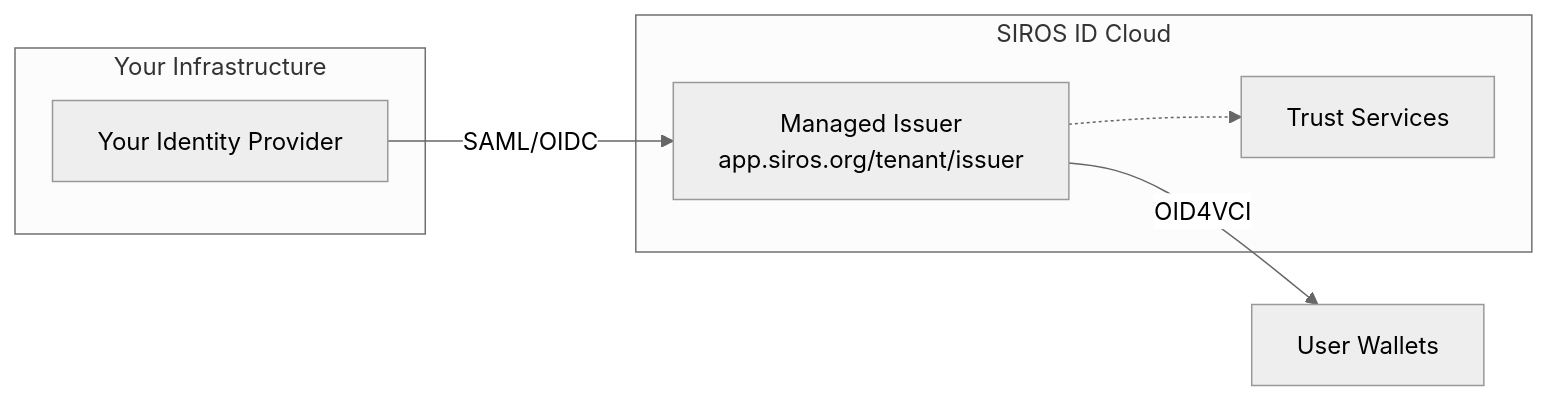
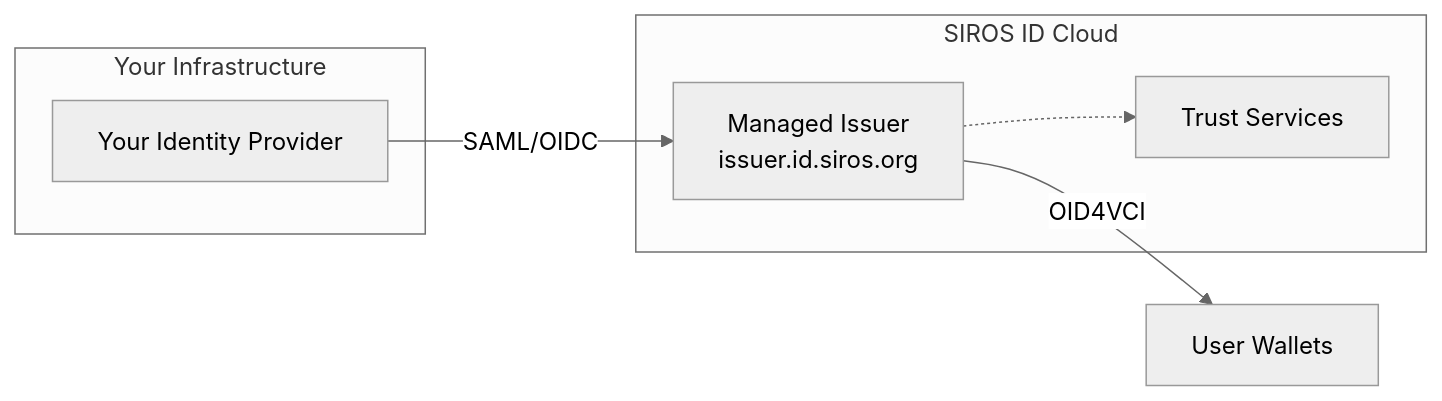
Before and after one commit to sirosfoundation/docs: the seventh of 11 diagrams in docs/sirosid/integrations/issuers/concepts.md, drawn with Mermaid (neutral theme). The commit also changed other lines of this file and 18 other files, not shown here.

````diff
--- a/docs/sirosid/integrations/issuers/concepts.md
+++ b/docs/sirosid/integrations/issuers/concepts.md
@@ -274,17 +296,17 @@
 ```mermaid
 flowchart LR
     subgraph "Your Infrastructure"
         IdP[Your Identity Provider]
     end
 
     subgraph "SIROS ID Cloud"
-        Issuer[Managed Issuer<br/>app.siros.org/tenant/issuer]
+        Issuer[Managed Issuer<br/>issuer.id.siros.org]
         Trust[Trust Services]
     end
 
     Wallet[User Wallets]
 
     IdP -->|SAML/OIDC| Issuer
     Issuer -->|OID4VCI| Wallet
     Issuer -.-> Trust
 ```
````
